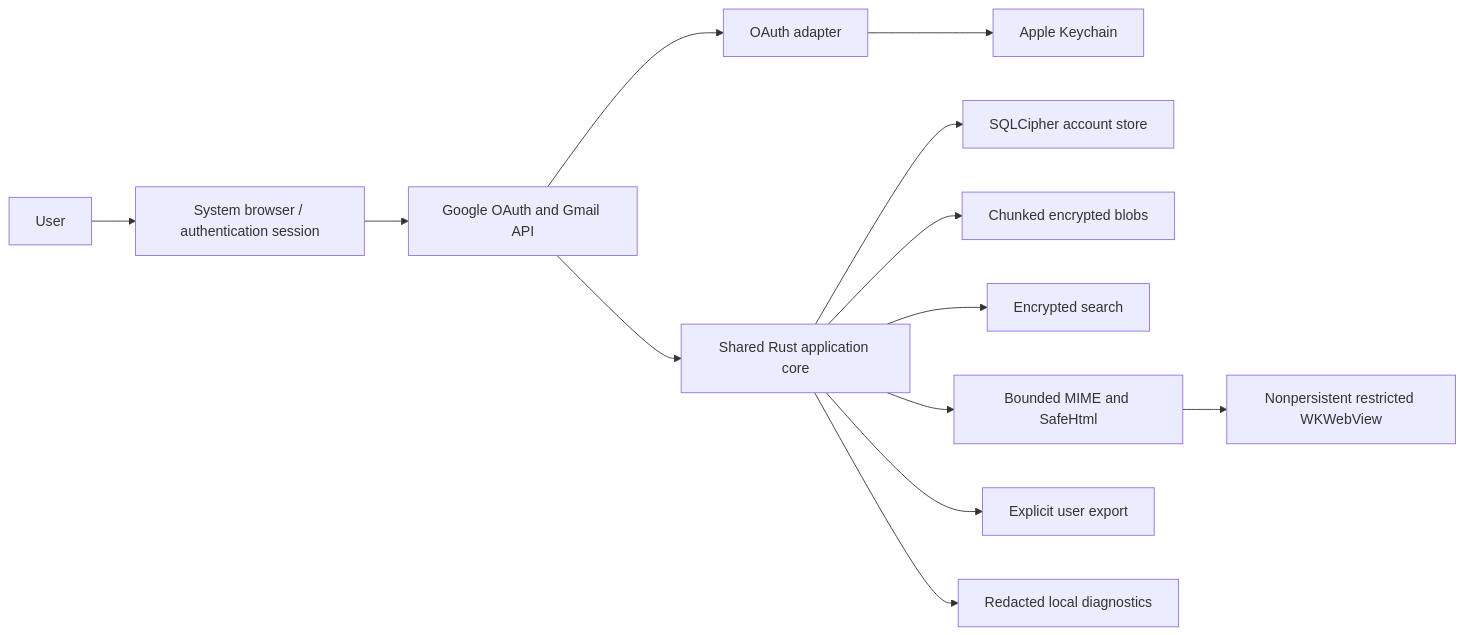
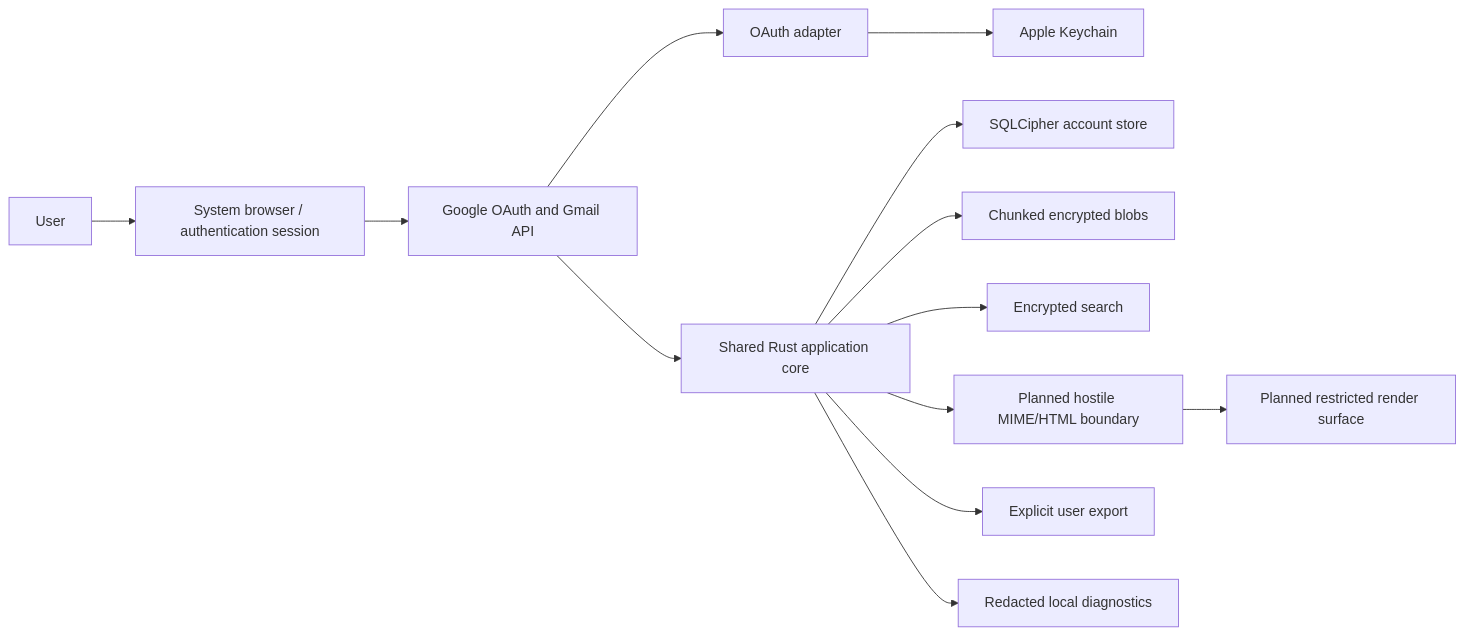
One commit to matteoscurati/tersa.app changed the diagram in docs/security/data-flow.md. Above: the diagram before and after it, drawn with Mermaid. The commit also changed other lines of this file and 48 other files, not shown here.

````diff
--- a/docs/security/data-flow.md
+++ b/docs/security/data-flow.md
@@ -13,15 +13,15 @@
 ```mermaid
 flowchart LR
     USER[User] --> BROWSER[System browser / authentication session]
     BROWSER --> GOOGLE[Google OAuth and Gmail API]
     GOOGLE --> OAUTH[OAuth adapter]
     OAUTH --> KEYCHAIN[Apple Keychain]
     GOOGLE --> CORE[Shared Rust application core]
     CORE --> DB[SQLCipher account store]
     CORE --> BLOBS[Chunked encrypted blobs]
     CORE --> SEARCH[Encrypted search]
-    CORE --> MIME[Bounded MIME and SafeHtml]
-    MIME --> WEBKIT[Nonpersistent restricted WKWebView]
+    CORE --> MIME[Planned hostile MIME/HTML boundary]
+    MIME --> WEBKIT[Planned restricted render surface]
     CORE --> EXPORT[Explicit user export]
     CORE --> DIAG[Redacted local diagnostics]
 ```
````
